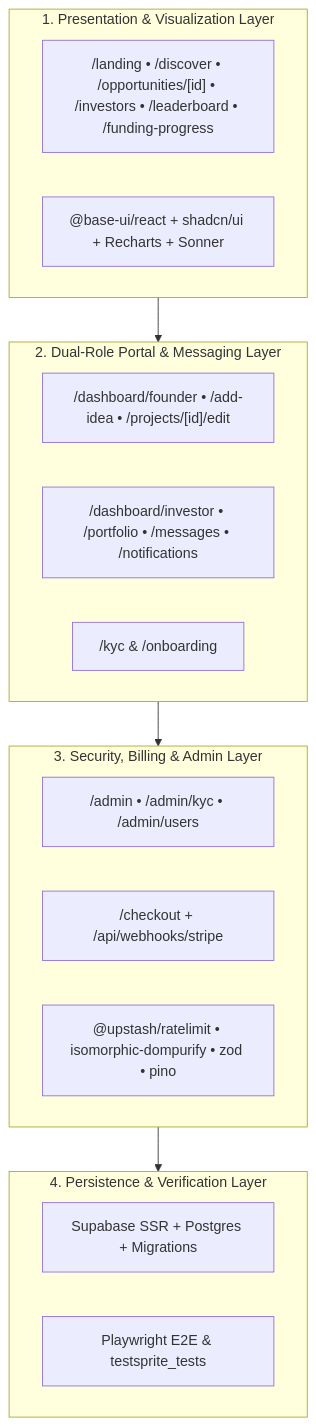
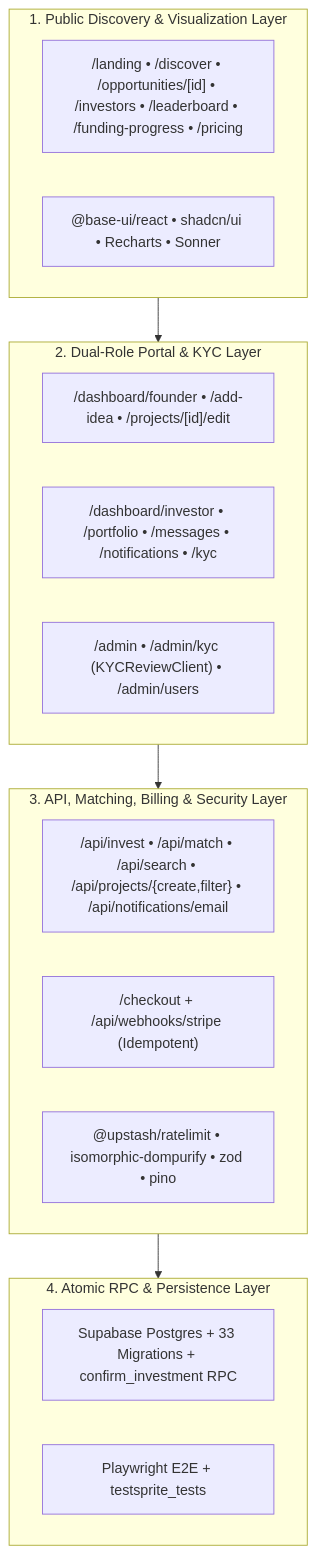
Before and after one commit to islamsamyy/fakret-mashrou-final-: the diagram in README.md, drawn with Mermaid. The commit also changed other lines of this file, not shown here.

Commit message:
docs: add ultra-detailed architecture, schemas, visual showcase, APIs, and business ROI

````diff
--- a/README.md
+++ b/README.md
@@ -14,26 +33,26 @@
 ```mermaid
 flowchart TB
-    subgraph L1["1. Presentation & Visualization Layer"]
-        Public["/landing • /discover • /opportunities/[id] • /investors • /leaderboard • /funding-progress"]
-        UI["@base-ui/react + shadcn/ui + Recharts + Sonner"]
+    subgraph L1["1. Public Discovery & Visualization Layer"]
+        Pub["/landing • /discover • /opportunities/[id] • /investors • /leaderboard • /funding-progress • /pricing"]
+        UI["@base-ui/react • shadcn/ui • Recharts • Sonner"]
     end
 
-    subgraph L2["2. Dual-Role Portal & Messaging Layer"]
+    subgraph L2["2. Dual-Role Portal & KYC Layer"]
         Founder["/dashboard/founder • /add-idea • /projects/[id]/edit"]
-        Investor["/dashboard/investor • /portfolio • /messages • /notifications"]
-        KYC["/kyc & /onboarding"]
+        Investor["/dashboard/investor • /portfolio • /messages • /notifications • /kyc"]
+        Admin["/admin • /admin/kyc (KYCReviewClient) • /admin/users"]
     end
 
-    subgraph L3["3. Security, Billing & Admin Layer"]
-        Admin["/admin • /admin/kyc • /admin/users"]
-        Stripe["/checkout + /api/webhooks/stripe"]
+    subgraph L3["3. API, Matching, Billing & Security Layer"]
+        APIs["/api/invest • /api/match • /api/search • /api/projects/{create,filter} • /api/notifications/email"]
+        Stripe["/checkout + /api/webhooks/stripe (Idempotent)"]
         Sec["@upstash/ratelimit • isomorphic-dompurify • zod • pino"]
     end
 
-    subgraph L4["4. Persistence & Verification Layer"]
-        Supa["Supabase SSR + Postgres + Migrations"]
-        PW["Playwright E2E & testsprite_tests"]
+    subgraph L4["4. Atomic RPC & Persistence Layer"]
+        PG["Supabase Postgres + 33 Migrations + confirm_investment RPC"]
+        QA["Playwright E2E + testsprite_tests"]
     end
 
     L1 --> L2 --> L3 --> L4
 ```
````
